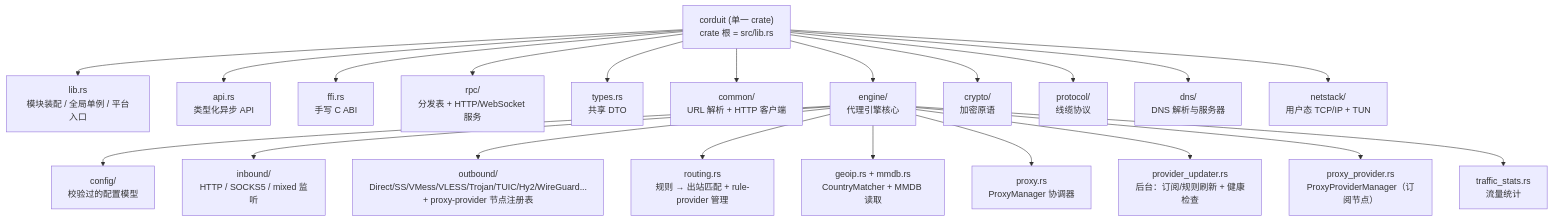
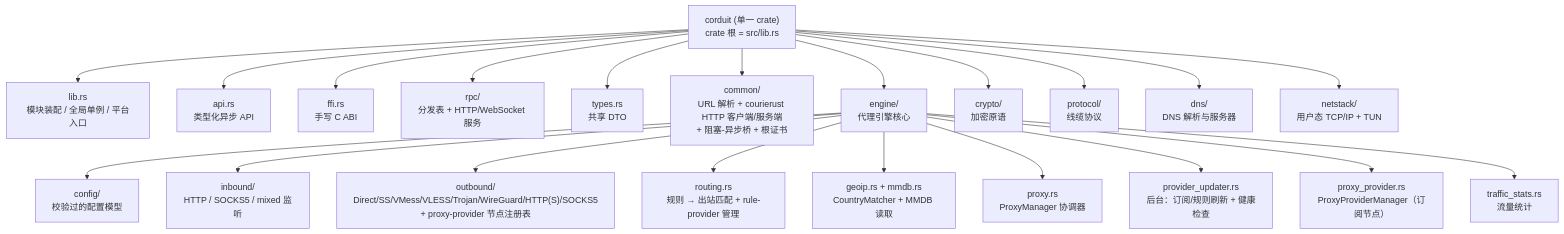
Before and after one commit to blueokanna/Corduit: the first of 6 diagrams in wiki/Architecture.md, drawn with Mermaid. The commit also changed other lines of this file and 42 other files, not shown here.

````diff
--- a/wiki/Architecture.md
+++ b/wiki/Architecture.md
@@ -7,26 +7,26 @@
 ```mermaid
 flowchart TB
     ROOT["corduit (单一 crate)<br/>crate 根 = src/lib.rs"]
 
     ROOT --> LIB["lib.rs<br/>模块装配 / 全局单例 / 平台入口"]
     ROOT --> API["api.rs<br/>类型化异步 API"]
     ROOT --> FFI["ffi.rs<br/>手写 C ABI"]
     ROOT --> RPC["rpc/<br/>分发表 + HTTP/WebSocket 服务"]
     ROOT --> TYPES["types.rs<br/>共享 DTO"]
-    ROOT --> COMMON["common/<br/>URL 解析 + HTTP 客户端"]
+    ROOT --> COMMON["common/<br/>URL 解析 + courierust HTTP 客户端/服务端<br/>+ 阻塞-异步桥 + 根证书"]
     ROOT --> ENGINE["engine/<br/>代理引擎核心"]
     ROOT --> CRYPTO["crypto/<br/>加密原语"]
     ROOT --> PROTOCOL["protocol/<br/>线缆协议"]
     ROOT --> DNS["dns/<br/>DNS 解析与服务器"]
     ROOT --> NETSTACK["netstack/<br/>用户态 TCP/IP + TUN"]
 
     ENGINE --> EC["config/<br/>校验过的配置模型"]
     ENGINE --> EI["inbound/<br/>HTTP / SOCKS5 / mixed 监听"]
-    ENGINE --> EO["outbound/<br/>Direct/SS/VMess/VLESS/Trojan/TUIC/Hy2/WireGuard...<br/>+ proxy-provider 节点注册表"]
+    ENGINE --> EO["outbound/<br/>Direct/SS/VMess/VLESS/Trojan/WireGuard/HTTP(S)/SOCKS5<br/>+ proxy-provider 节点注册表"]
     ENGINE --> ER["routing.rs<br/>规则 → 出站匹配 + rule-provider 管理"]
     ENGINE --> EG["geoip.rs + mmdb.rs<br/>CountryMatcher + MMDB 读取"]
     ENGINE --> EP["proxy.rs<br/>ProxyManager 协调器"]
     ENGINE --> EU["provider_updater.rs<br/>后台：订阅/规则刷新 + 健康检查"]
     ENGINE --> EPP["proxy_provider.rs<br/>ProxyProviderManager（订阅节点）"]
     ENGINE --> ET["traffic_stats.rs<br/>流量统计"]
 ```
````
